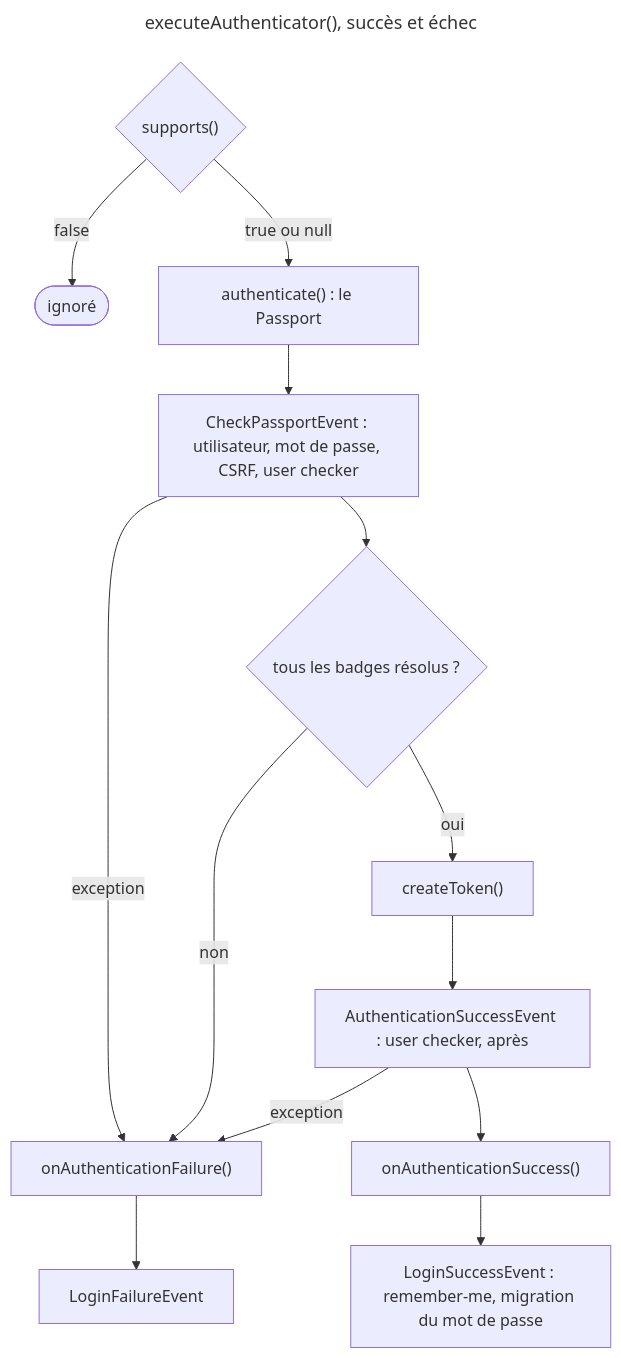
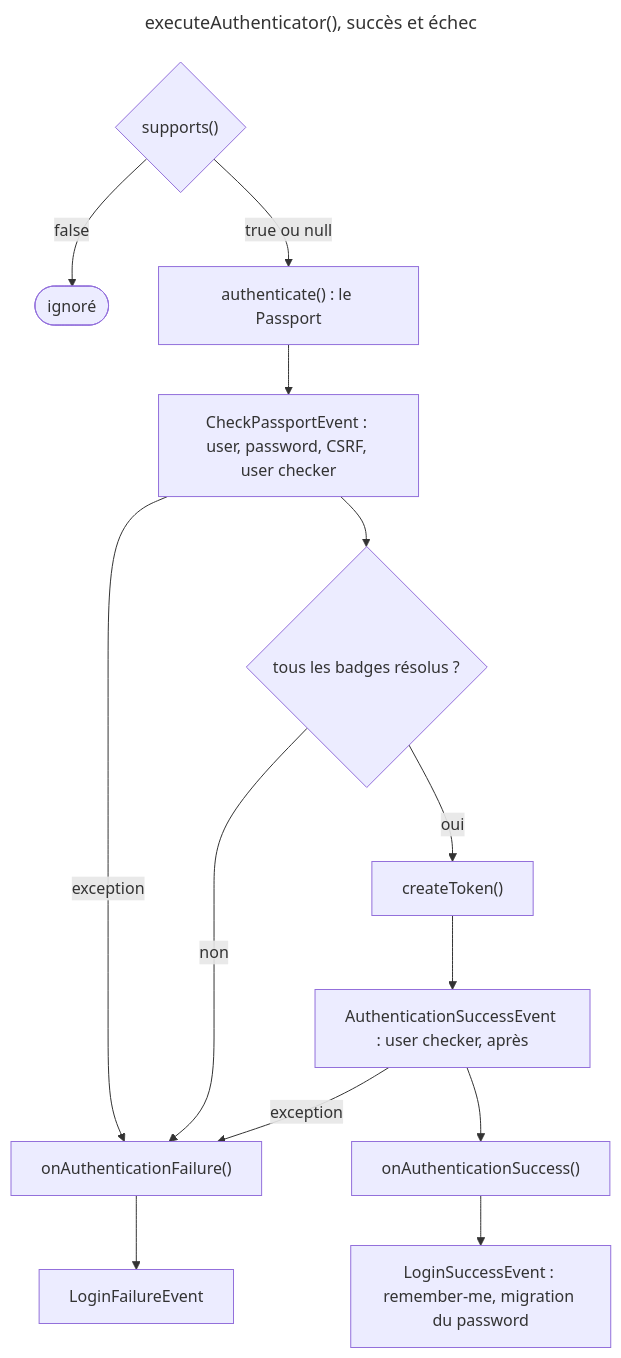
The diagram in content/courses/CRS-6gc45etcssfb.md (jasserYahyaoui/Symfony-8-Certification-Path), drawn with Mermaid before and after one commit. The commit also changed other lines of this file and 207 other files, not shown here.

````diff
--- a/content/courses/CRS-6gc45etcssfb.md
+++ b/content/courses/CRS-6gc45etcssfb.md
@@ -119,20 +119,20 @@
 ```mermaid
 ---
 title: executeAuthenticator(), succès et échec
 ---
 flowchart TD
   accTitle: Le flux d'un authenticator dans Symfony 8.0
-  accDescr: supports() décide si l'authenticator prend la requête. authenticate() construit le Passport. CheckPassportEvent fait résoudre les badges, utilisateur, mot de passe, CSRF et user checker avant authentification. Une AuthenticationException, ou un badge non résolu, mène à onAuthenticationFailure() puis LoginFailureEvent. Sinon createToken() crée le jeton, AuthenticationSuccessEvent passe le user checker après authentification, onAuthenticationSuccess() rend la réponse, puis LoginSuccessEvent déclenche remember-me et la migration du mot de passe.
+  accDescr: supports() décide si l'authenticator prend la Request. authenticate() construit le Passport. CheckPassportEvent fait résoudre les badges, user, password, CSRF et user checker avant authentication. Une AuthenticationException, ou un badge non résolu, mène à onAuthenticationFailure() puis LoginFailureEvent. Sinon createToken() crée le token, AuthenticationSuccessEvent passe le user checker après authentication, onAuthenticationSuccess() rend la Response, puis LoginSuccessEvent déclenche remember-me et la migration du password.
   SUP{"supports()"} -->|"false"| SKIP(["ignoré"])
   SUP -->|"true ou null"| AUTH["authenticate() : le Passport"]
-  AUTH --> CHECK["CheckPassportEvent : utilisateur, mot de passe, CSRF, user checker"]
+  AUTH --> CHECK["CheckPassportEvent : user, password, CSRF, user checker"]
   CHECK --> RES{"tous les badges résolus ?"}
   CHECK -->|"exception"| FAIL["onAuthenticationFailure()"]
   RES -->|"non"| FAIL
   RES -->|"oui"| TOK["createToken()"]
   TOK --> ASE["AuthenticationSuccessEvent : user checker, après"]
   ASE -->|"exception"| FAIL
   ASE --> OK["onAuthenticationSuccess()"]
-  OK --> LSE["LoginSuccessEvent : remember-me, migration du mot de passe"]
+  OK --> LSE["LoginSuccessEvent : remember-me, migration du password"]
   FAIL --> LFE["LoginFailureEvent"]
 ```
````
